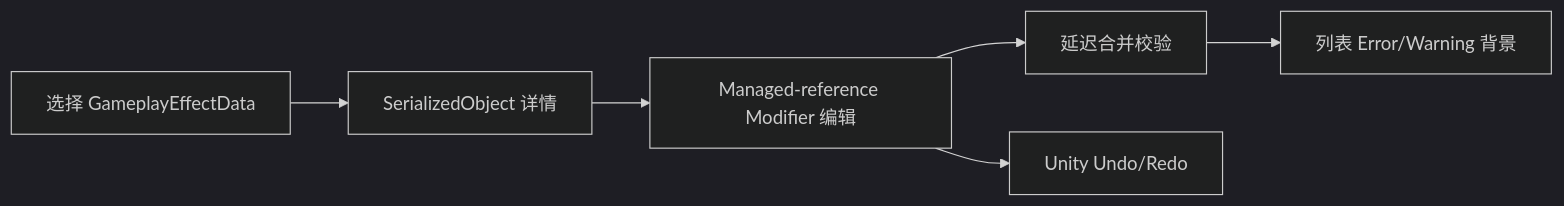
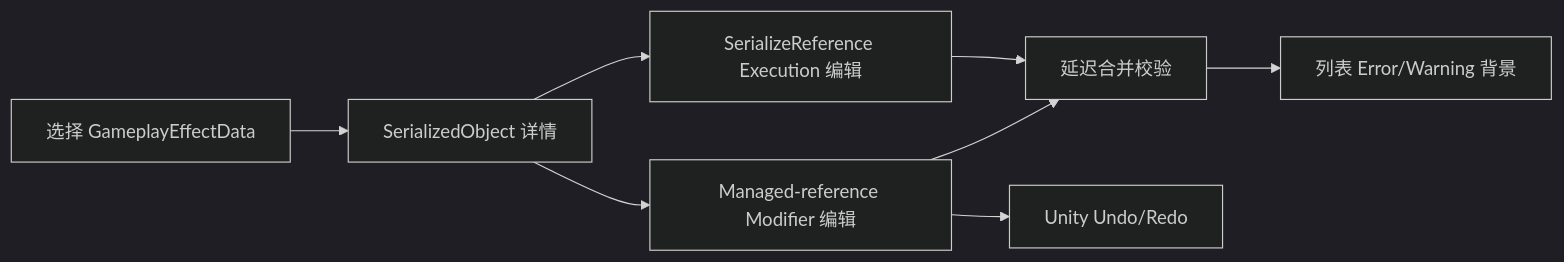
Before and after one commit to Whitesheeeep/3DRPG: the eighth of 8 diagrams in Assets/GAS_Light/设计md/GameEffectGameplay.md, drawn with Mermaid (dark theme). The commit also changed other lines of this file and 83 other files, not shown here.

````diff
--- a/Assets/GAS_Light/设计md/GameEffectGameplay.md
+++ b/Assets/GAS_Light/设计md/GameEffectGameplay.md
@@ -144,8 +177,10 @@
 ```mermaid
 flowchart LR
     Asset["选择 GameplayEffectData"] --> Details["SerializedObject 详情"]
     Details --> ModifierEdit["Managed-reference Modifier 编辑"]
+    Details --> ExecutionEdit["SerializeReference Execution 编辑"]
     ModifierEdit --> Validate["延迟合并校验"]
+    ExecutionEdit --> Validate
     Validate --> State["列表 Error/Warning 背景"]
     ModifierEdit --> Undo["Unity Undo/Redo"]
 ```
````
